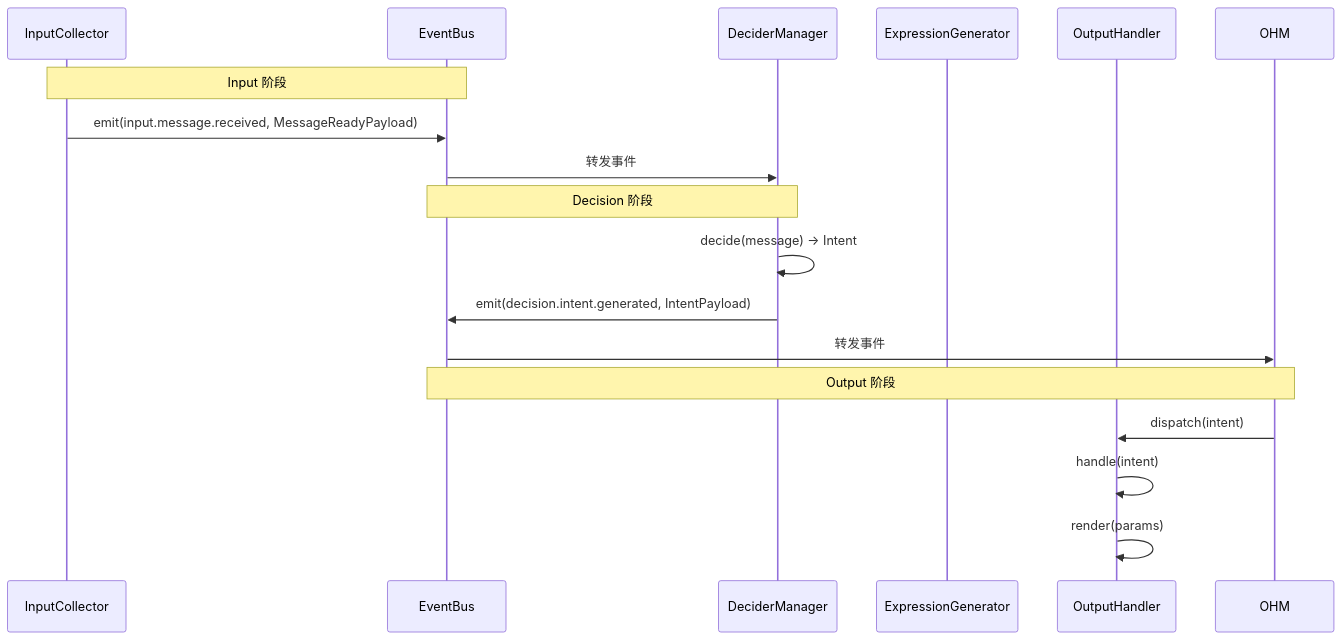
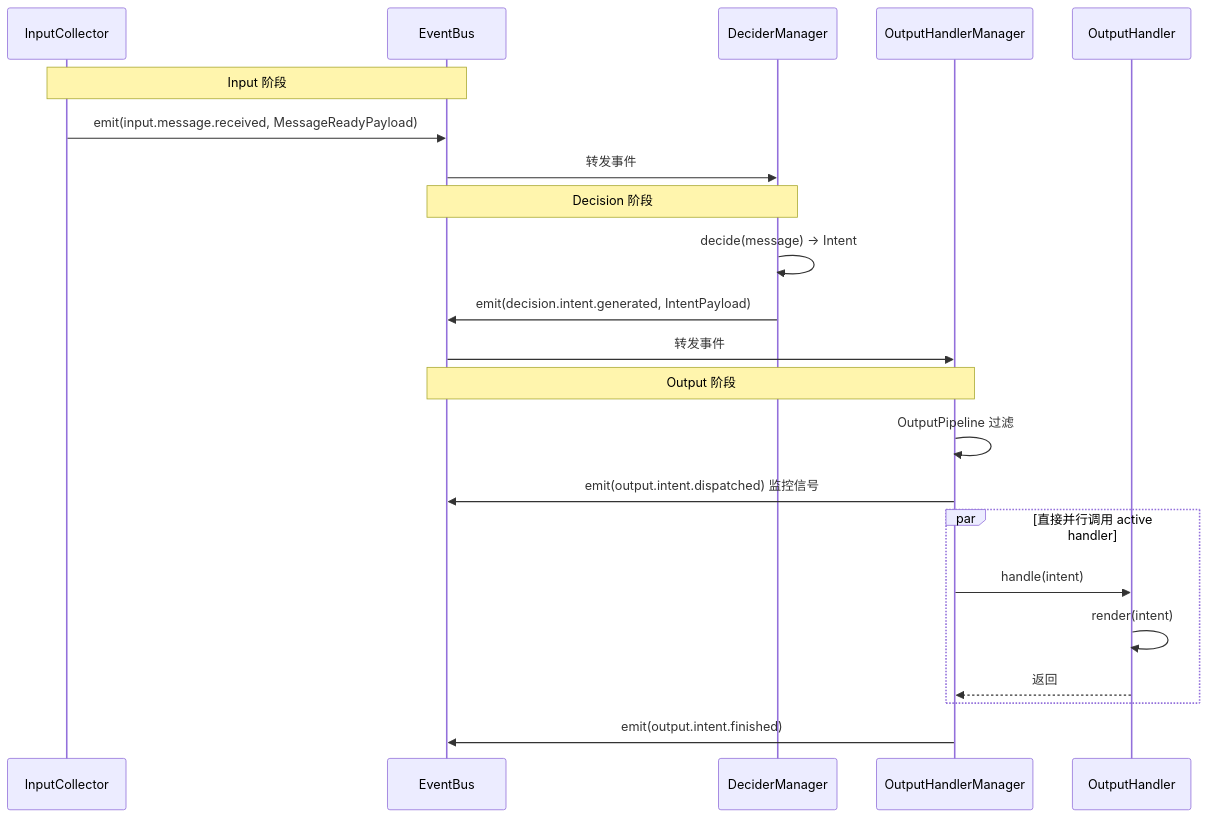
Before and after one commit to Mai-with-u/Amaidesu: the fourth of 4 diagrams in docs/architecture/event-system.md, drawn with Mermaid. The commit also changed other lines of this file and 26 other files, not shown here.

First line of the commit message:
refactor(output): OutputHandlerManager 改为直接调度 Handler，移除事件样板代码

````diff
--- a/docs/architecture/event-system.md
+++ b/docs/architecture/event-system.md
@@ -497,25 +488,30 @@
 ```mermaid
 sequenceDiagram
     participant IP as InputCollector
     participant EB as EventBus
     participant DM as DeciderManager
-    participant EG as ExpressionGenerator
+    participant OHM as OutputHandlerManager
     participant OP as OutputHandler
 
     Note over IP,EB: Input 阶段
 
     IP->>EB: emit(input.message.received, MessageReadyPayload)
     EB->>DM: 转发事件
 
     Note over DM,EB: Decision 阶段
 
     DM->>DM: decide(message) -> Intent
     DM->>EB: emit(decision.intent.generated, IntentPayload)
     EB->>OHM: 转发事件
 
     Note over OHM,EB: Output 阶段
 
-    OHM->>OP: dispatch(intent)  # 订阅 output.intent.dispatched
-    OP->>OP: handle(intent)
-    OP->>OP: render(params)
+    OHM->>OHM: OutputPipeline 过滤
+    OHM->>EB: emit(output.intent.dispatched) 监控信号
+    par 直接并行调用 active handler
+        OHM->>OP: handle(intent)
+        OP->>OP: render(intent)
+        OP-->>OHM: 返回
+    end
+    OHM->>EB: emit(output.intent.finished)
 ```
````
